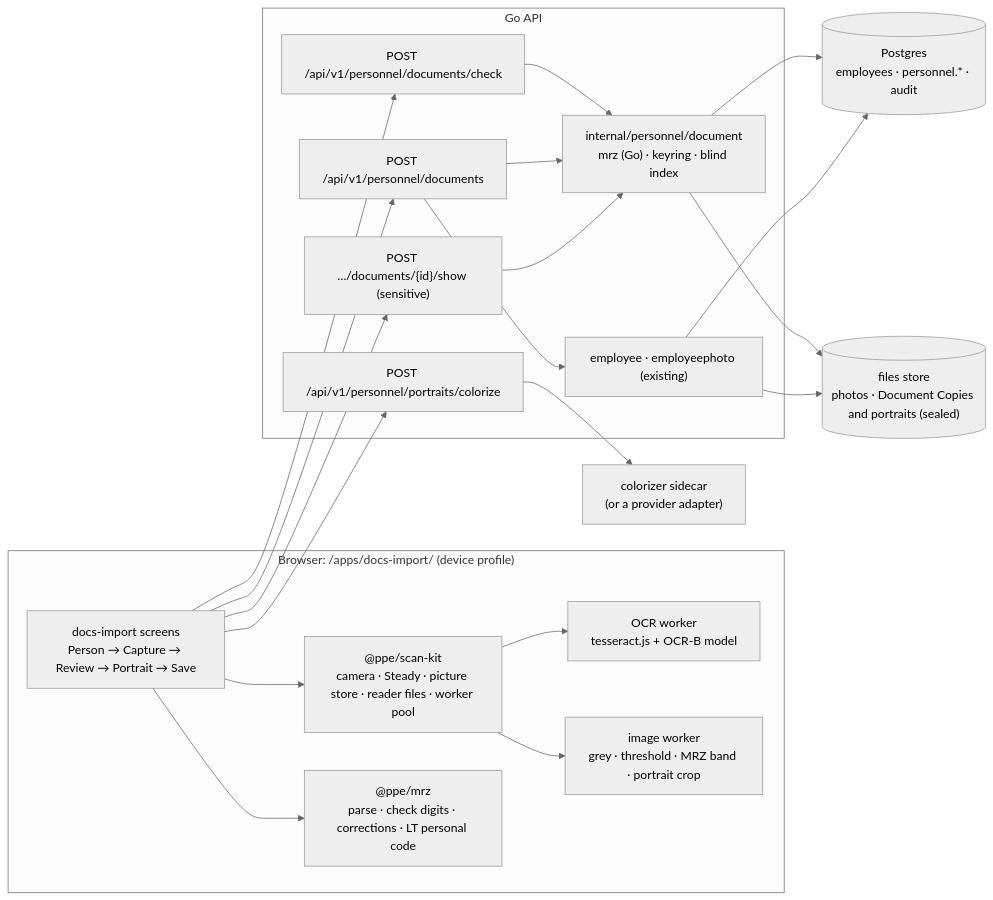
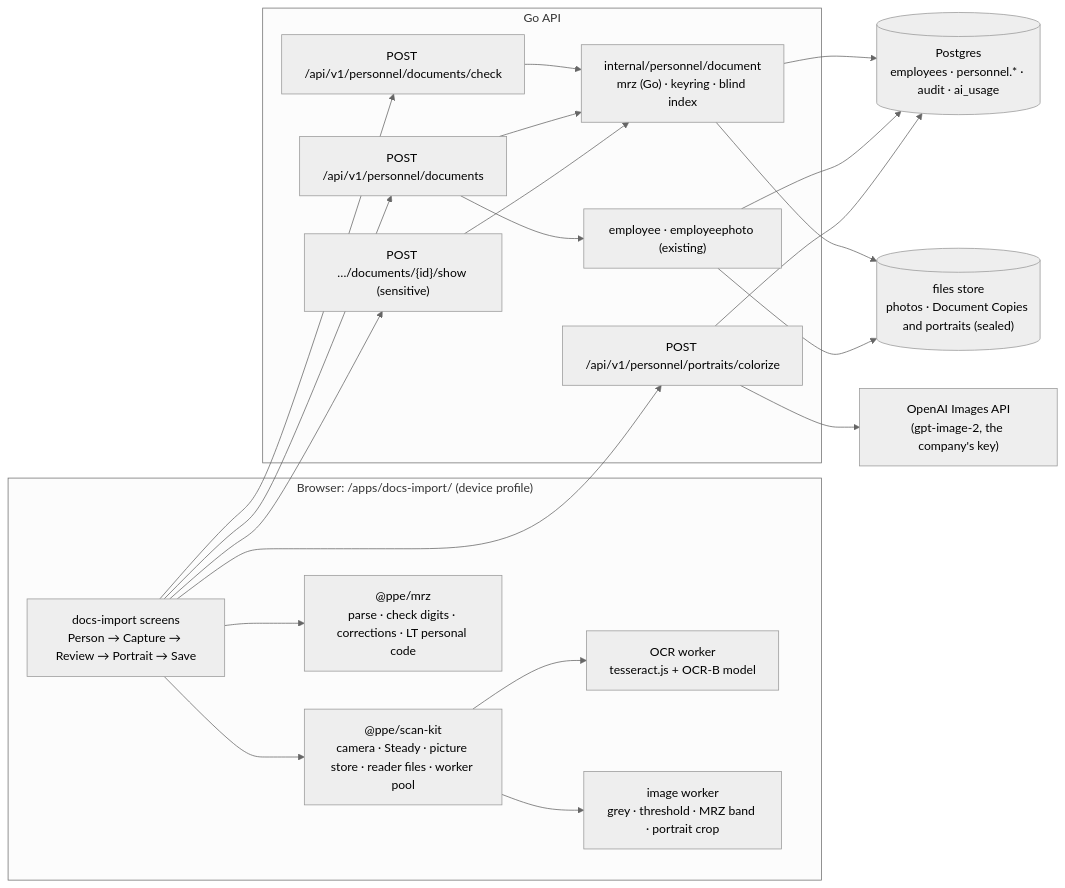
Before and after one commit to remisb/ppe-next2: the diagram in docs/apps/docs-import-plan.md, drawn with Mermaid (neutral theme). The commit also changed other lines of this file, not shown here.

First line of the commit message:
docs-import plan: D4 decided, OpenAI colouring and an AI usage ledger

````diff
--- a/docs/apps/docs-import-plan.md
+++ b/docs/apps/docs-import-plan.md
@@ -411,30 +415,31 @@
 ```mermaid
 flowchart LR
   subgraph Phone["Browser: /apps/docs-import/ (device profile)"]
     App["docs-import screens<br/>Person → Capture → Review → Portrait → Save"]
     Kit["@ppe/scan-kit<br/>camera · Steady · picture store · reader files · worker pool"]
     Mrz["@ppe/mrz<br/>parse · check digits · corrections · LT personal code"]
     Ocr["OCR worker<br/>tesseract.js + OCR-B model"]
     Img["image worker<br/>grey · threshold · MRZ band · portrait crop"]
     App --> Kit --> Img
     Kit --> Ocr
     App --> Mrz
   end
   subgraph API["Go API"]
     Check["POST /api/v1/personnel/documents/check"]
     Save["POST /api/v1/personnel/documents"]
     Show["POST …/documents/{id}/show (sensitive)"]
     Col["POST /api/v1/personnel/portraits/colorize"]
     PM["internal/personnel/document<br/>mrz (Go) · keyring · blind index"]
     EP["employee · employeephoto (existing)"]
   end
-  Colorizer["colorizer sidecar<br/>(or a provider adapter)"]
-  DB[("Postgres<br/>employees · personnel.* · audit")]
+  Colorizer["OpenAI Images API<br/>(gpt-image-2, the company's key)"]
+  DB[("Postgres<br/>employees · personnel.* · audit · ai_usage")]
   FS[("files store<br/>photos · Document Copies and portraits (sealed)")]
   App --> Check & Save & Show & Col
   Check & Save & Show --> PM --> DB
   PM --> FS
   Save --> EP --> DB
   EP --> FS
   Col --> Colorizer
+  Col --> DB
 ```
````
